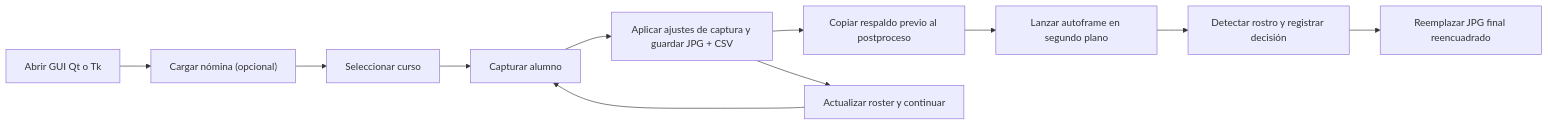
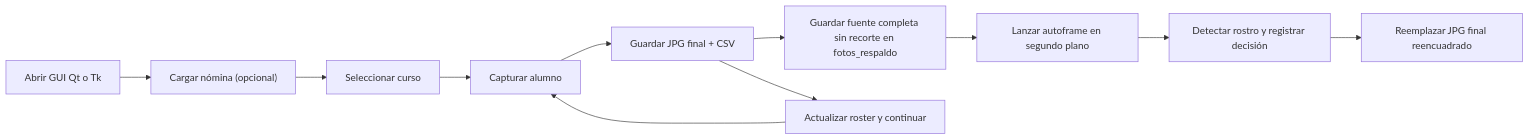
The first of 3 diagrams in README.md (JackStar6677-1/castel-credcam), drawn with Mermaid before and after one commit. The commit also changed other lines of this file and 5 other files, not shown here.

Commit message:
fix: conserva respaldo fuente de fotos

````diff
--- a/README.md
+++ b/README.md
@@ -22,13 +22,13 @@
 ```mermaid
 flowchart LR
     A["Abrir GUI Qt o Tk"] --> B["Cargar nómina (opcional)"]
     B --> C["Seleccionar curso"]
     C --> D["Capturar alumno"]
-    D --> E["Aplicar ajustes de captura y guardar JPG + CSV"]
-    E --> F["Copiar respaldo previo al postproceso"]
+    D --> E["Guardar JPG final + CSV"]
+    E --> F["Guardar fuente completa sin recorte en fotos_respaldo"]
     F --> G["Lanzar autoframe en segundo plano"]
     G --> H["Detectar rostro y registrar decisión"]
     H --> I["Reemplazar JPG final reencuadrado"]
     E --> J["Actualizar roster y continuar"]
     J --> D
 ```
````
